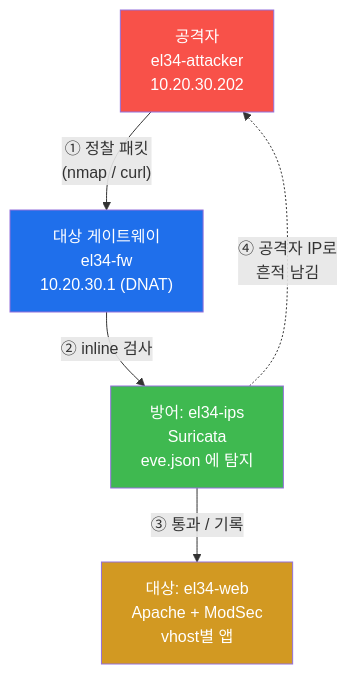
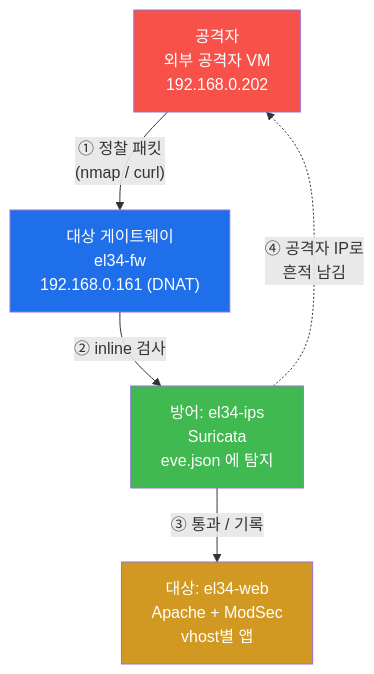
Before and after one commit to mrgrit/tw2: the fourth of 7 diagrams in contents/training/attack/lecture_week01.md, drawn with Mermaid. The commit also changed other lines of this file and 304 other files, not shown here.

````diff
--- a/contents/training/attack/lecture_week01.md
+++ b/contents/training/attack/lecture_week01.md
@@ -284,15 +284,15 @@
 ```mermaid
 graph TD
-    ATT["공격자<br/>el34-attacker<br/>10.20.30.202"]
-    GW["대상 게이트웨이<br/>el34-fw<br/>10.20.30.1 (DNAT)"]
+    ATT["공격자<br/>외부 공격자 VM<br/>192.168.0.202"]
+    GW["대상 게이트웨이<br/>el34-fw<br/>192.168.0.161 (DNAT)"]
     IPS["방어: el34-ips<br/>Suricata<br/>eve.json 에 탐지"]
     WEB["대상: el34-web<br/>Apache + ModSec<br/>vhost별 앱"]
     ATT -->|"① 정찰 패킷<br/>(nmap / curl)"| GW
     GW -->|"② inline 검사"| IPS
     IPS -->|"③ 통과 / 기록"| WEB
     IPS -.->|"④ 공격자 IP로<br/>흔적 남김"| ATT
     style ATT fill:#f85149,color:#fff
     style GW fill:#1f6feb,color:#fff
     style IPS fill:#3fb950,color:#fff
     style WEB fill:#d29922,color:#fff
 ```
````
